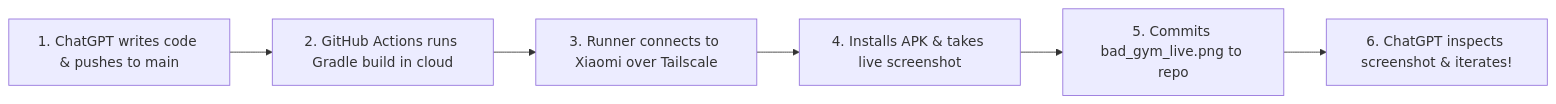
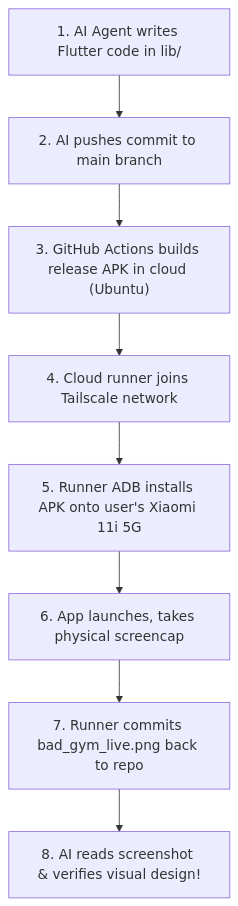
Before and after one commit to explorelearningvisit-boop/productionreadymembercard: the diagram in CHATGPT_COCKPIT.md, drawn with Mermaid. The commit also changed other lines of this file and 2 other files, not shown here.

Commit message:
docs: update zero-laptop autonomous AI architecture, cockpit guide, and physical device specs for ChatGPT & AI agents

````diff
--- a/CHATGPT_COCKPIT.md
+++ b/CHATGPT_COCKPIT.md
@@ -21,8 +12,10 @@
 ```mermaid
-flowchart LR
-    A["1. ChatGPT writes code & pushes to main"] --> B["2. GitHub Actions runs Gradle build in cloud"]
-    B --> C["3. Runner connects to Xiaomi over Tailscale"]
-    C --> D["4. Installs APK & takes live screenshot"]
-    D --> E["5. Commits bad_gym_live.png to repo"]
-    E --> F["6. ChatGPT inspects screenshot & iterates!"]
+flowchart TD
+    A["1. AI Agent writes Flutter code in lib/"] --> B["2. AI pushes commit to main branch"]
+    B --> C["3. GitHub Actions builds release APK in cloud (Ubuntu)"]
+    C --> D["4. Cloud runner joins Tailscale network"]
+    D --> E["5. Runner ADB installs APK onto user's Xiaomi 11i 5G"]
+    E --> F["6. App launches, takes physical screencap"]
+    F --> G["7. Runner commits bad_gym_live.png back to repo"]
+    G --> H["8. AI reads screenshot & verifies visual design!"]
 ```
````
